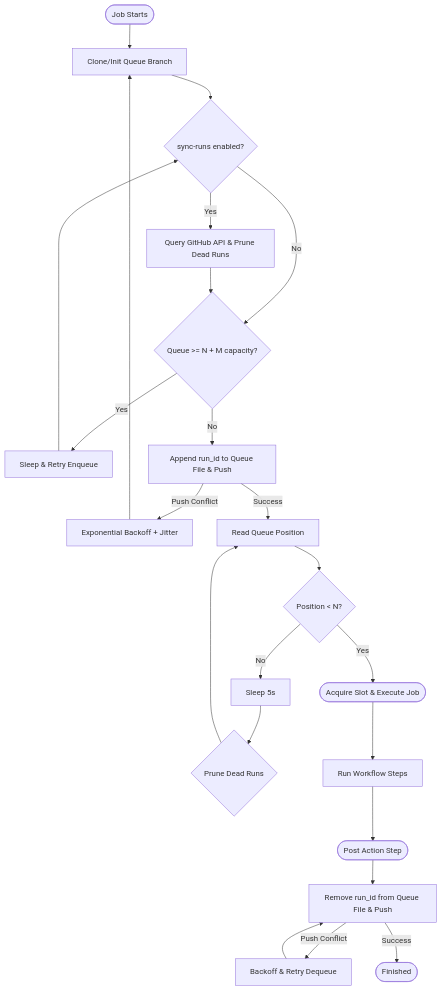
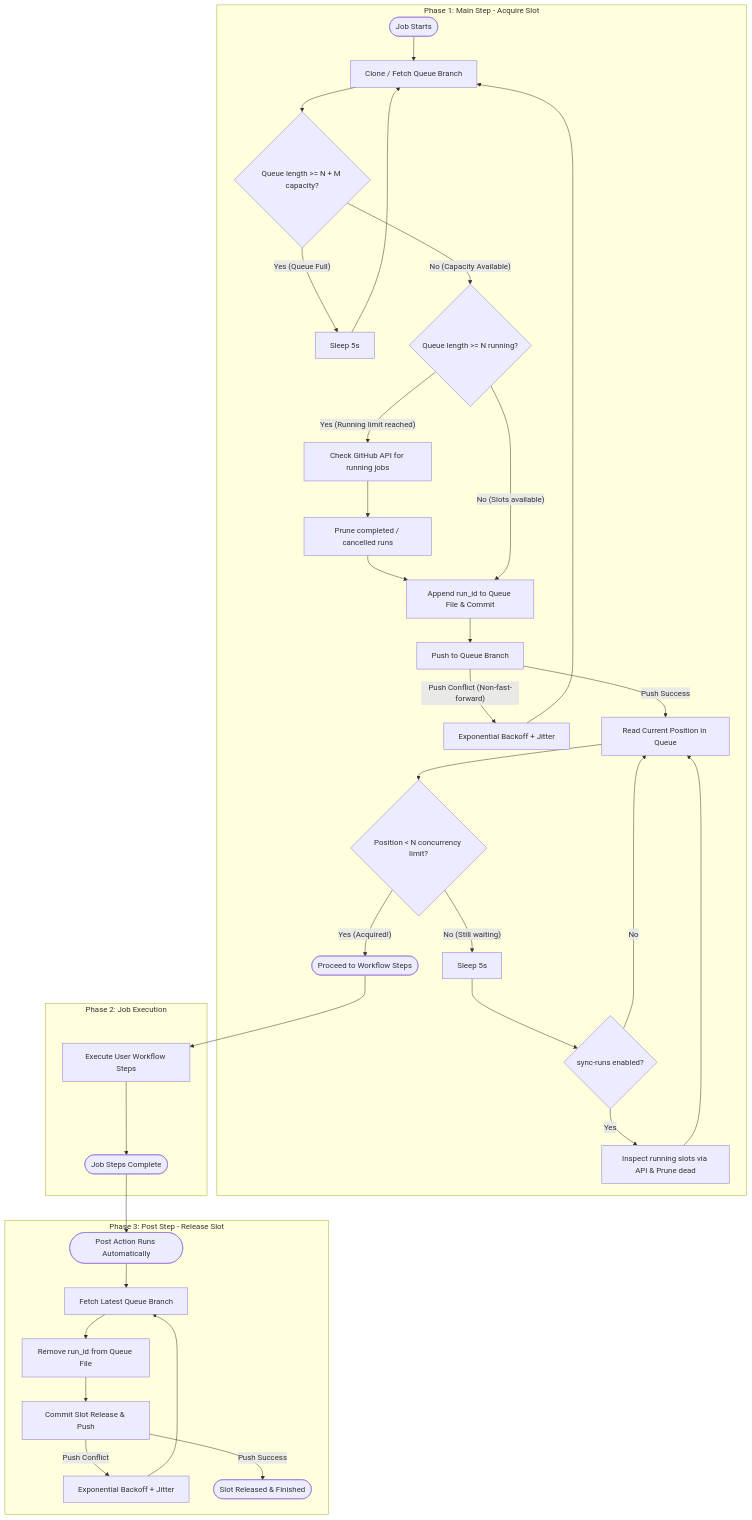
One commit to elastic/oblt-actions changed the first of 2 diagrams in github/queue/README.md. Above: the diagram before and after it, drawn with Mermaid. The commit also changed other lines of this file and 3 other files, not shown here.

Commit message:
docs(github/queue): clarify flowchart connections and optimize pruning to limit API calls

````diff
--- a/github/queue/README.md
+++ b/github/queue/README.md
@@ -112,29 +115,40 @@
 ```mermaid
 flowchart TD
-    Start([Job Starts]) --> InitRepo[Clone/Init Queue Branch]
-    InitRepo --> CheckPrune{sync-runs enabled?}
-    CheckPrune -- Yes --> PruneDead[Query GitHub API & Prune Dead Runs]
-    CheckPrune -- No --> CheckCap
-    PruneDead --> CheckCap{Queue >= N + M capacity?}
+    subgraph AcquireSlot["Phase 1: Main Step - Acquire Slot"]
+        A([Job Starts]) --> B[Clone / Fetch Queue Branch]
+        B --> C{Queue length >= N + M capacity?}
+        C -- "Yes (Queue Full)" --> D[Sleep 5s]
+        D --> B
+        C -- "No (Capacity Available)" --> E{Queue length >= N running?}
+        E -- "Yes (Running limit reached)" --> F[Check GitHub API for running jobs]
+        F --> G[Prune completed / cancelled runs]
+        G --> H[Append run_id to Queue File & Commit]
+        E -- "No (Slots available)" --> H
+        H --> I[Push to Queue Branch]
+        I -- "Push Conflict (Non-fast-forward)" --> J[Exponential Backoff + Jitter]
+        J --> B
+        I -- "Push Success" --> K[Read Current Position in Queue]
+        K --> L{Position < N concurrency limit?}
+        L -- "No (Still waiting)" --> M[Sleep 5s]
+        M --> N{sync-runs enabled?}
+        N -- "Yes" --> O[Inspect running slots via API & Prune dead]
+        O --> K
+        N -- "No" --> K
+        L -- "Yes (Acquired!)" --> P([Proceed to Workflow Steps])
+    end
 
-    CheckCap -- Yes --> WaitCap[Sleep & Retry Enqueue]
-    WaitCap --> CheckPrune
-    CheckCap -- No --> PushEnqueue[Append run_id to Queue File & Push]
+    subgraph Execute["Phase 2: Job Execution"]
+        P --> Q[Execute User Workflow Steps]
+        Q --> R([Job Steps Complete])
+    end
 
-    PushEnqueue -- Push Conflict --> BackoffEnqueue[Exponential Backoff + Jitter]
-    BackoffEnqueue --> InitRepo
-    PushEnqueue -- Success --> PollSlot[Read Queue Position]
-
-    PollSlot --> CheckPos{Position < N?}
-    CheckPos -- Yes --> Acquired([Acquire Slot & Execute Job])
-    CheckPos -- No --> SleepPoll[Sleep 5s]
-    SleepPoll --> CheckDeadPoll{Prune Dead Runs}
-    CheckDeadPoll --> PollSlot
-
-    Acquired --> JobRun[Run Workflow Steps]
-    JobRun --> PostStep([Post Action Step])
-    PostStep --> RemoveEntry[Remove run_id from Queue File & Push]
-    RemoveEntry -- Push Conflict --> BackoffDequeue[Backoff & Retry Dequeue]
-    BackoffDequeue --> RemoveEntry
-    RemoveEntry -- Success --> Done([Finished])
+    subgraph ReleaseSlot["Phase 3: Post Step - Release Slot"]
+        R --> S([Post Action Runs Automatically])
+        S --> T[Fetch Latest Queue Branch]
+        T --> U[Remove run_id from Queue File]
+        U --> V[Commit Slot Release & Push]
+        V -- "Push Conflict" --> W[Exponential Backoff + Jitter]
+        W --> T
+        V -- "Push Success" --> X([Slot Released & Finished])
+    end
 ```
````
